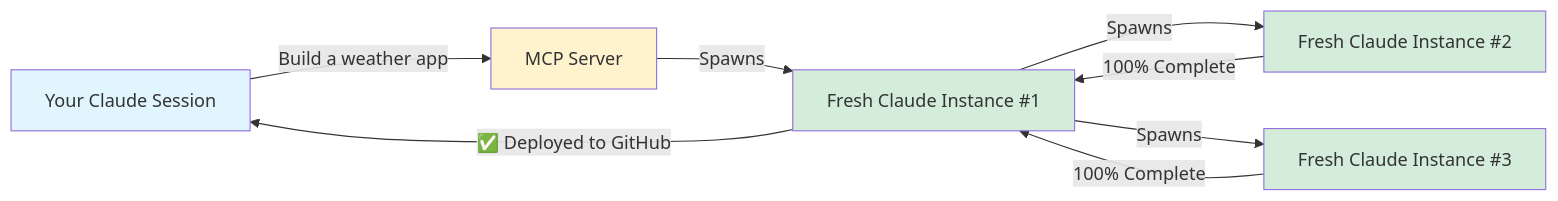
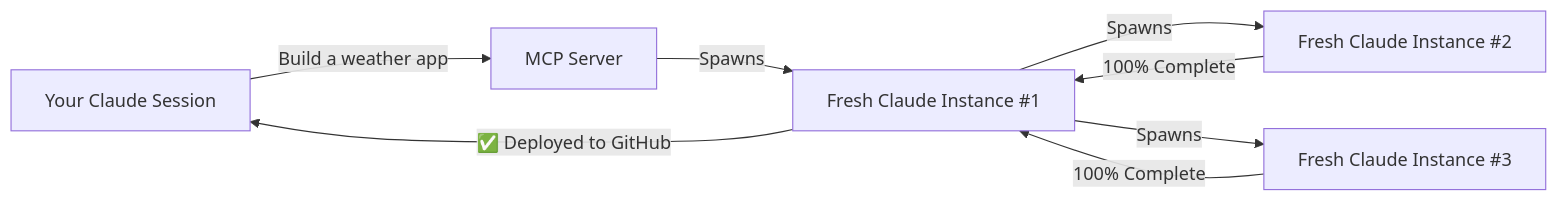
The diagram in README.md (context-foundry/context-foundry), drawn with Mermaid before and after one commit. The commit also changed other lines of this file and 168 other files, not shown here.

````diff
--- a/README.md
+++ b/README.md
@@ -381,16 +59,10 @@
 ```mermaid
 graph LR
     A[Your Claude Session] -->|"Build a weather app"| B[MCP Server]
     B -->|Spawns| C[Fresh Claude Instance #1]
     C -->|Spawns| D[Fresh Claude Instance #2]
     C -->|Spawns| E[Fresh Claude Instance #3]
     D -->|100% Complete| C
     E -->|100% Complete| C
     C -->|✅ Deployed to GitHub| A
-
-    style A fill:#e1f5ff
-    style B fill:#fff3cd
-    style C fill:#d4edda
-    style D fill:#d4edda
-    style E fill:#d4edda
 ```
````
